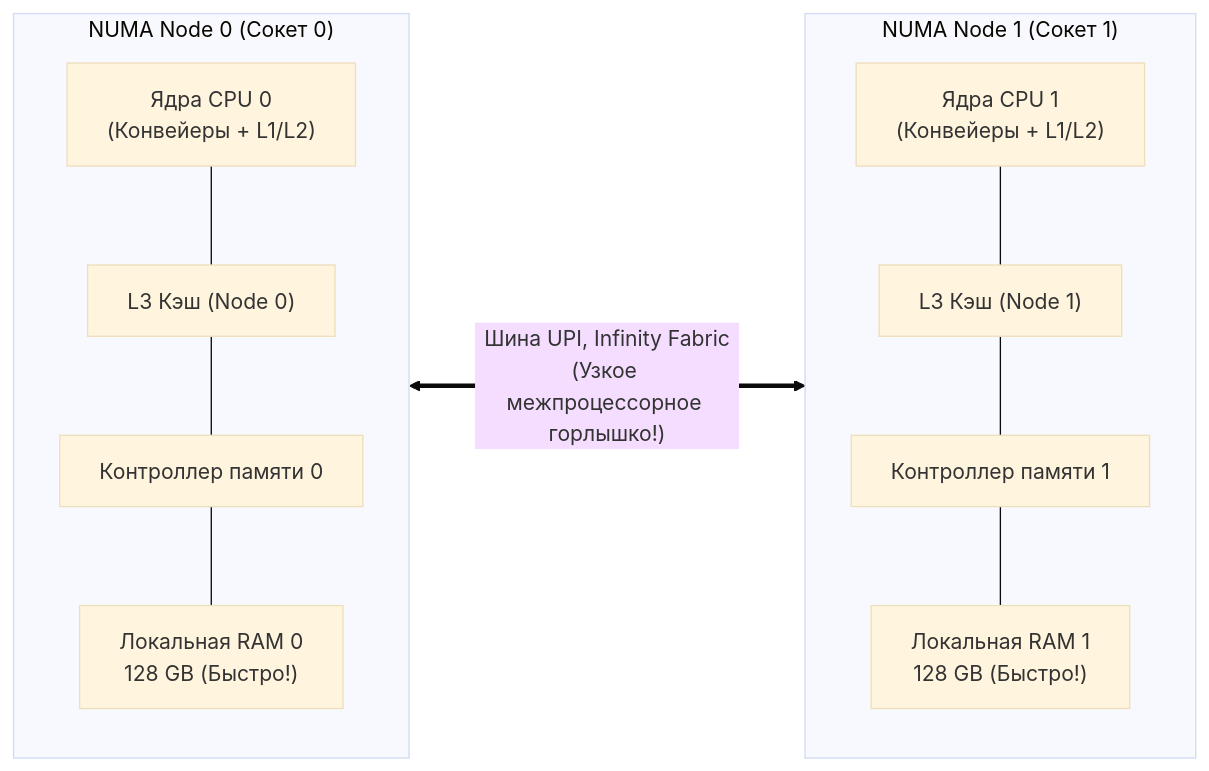
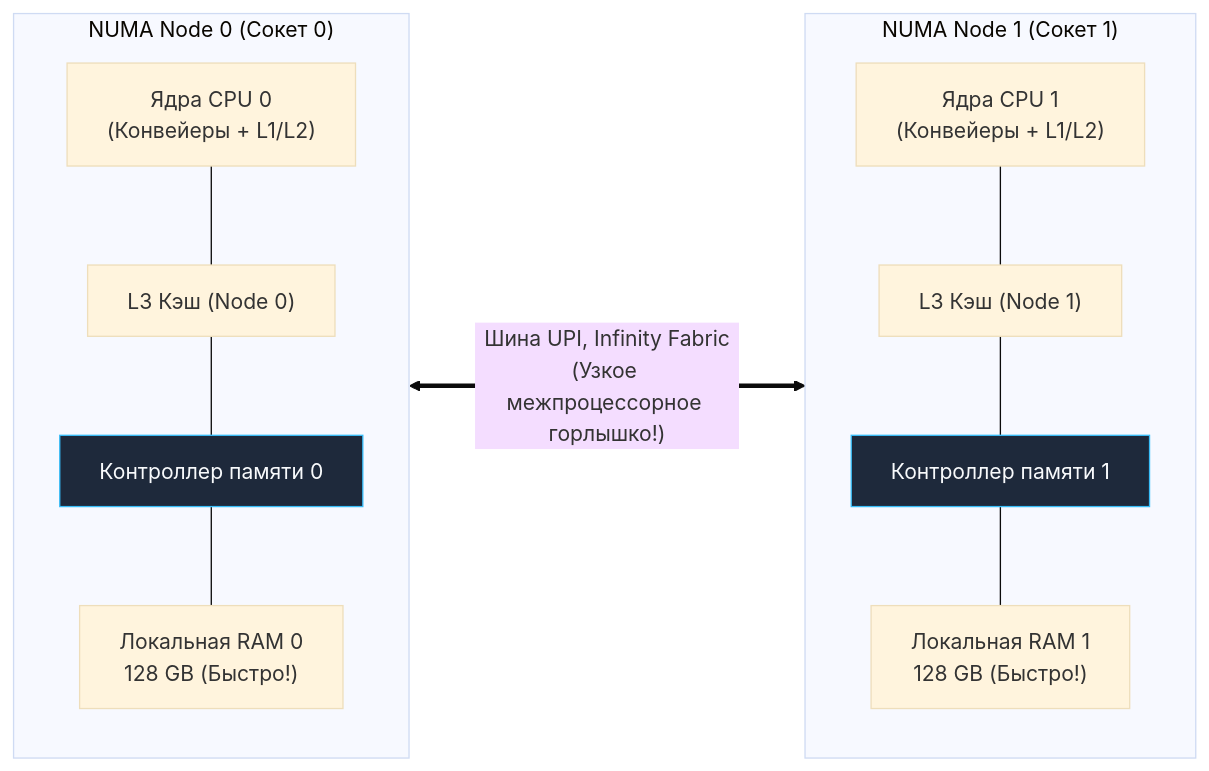
The first of 2 diagrams in sources/1. Архитектура компьютера/31. NUMA. Non Uniform Memory Access.md (UnrealTemplier/go-textbook), drawn with Mermaid (base theme) before and after one commit. The commit also changed other lines of this file and 1666 other files, not shown here.

First line of the commit message:
feat(mermaid): add semantic color classDef to 1369 colorless flowchart/graph diagrams

````diff
--- a/sources/1. Архитектура компьютера/31. NUMA. Non Uniform Memory Access.md
+++ b/sources/1. Архитектура компьютера/31. NUMA. Non Uniform Memory Access.md
@@ -30,24 +30,34 @@
 ```mermaid
 flowchart LR
+    classDef process  fill:#1e293b,stroke:#38bdf8,stroke-width:1px,color:#f8fafc
+    classDef success  fill:#064e3b,stroke:#34d399,stroke-width:1px,color:#f8fafc
+    classDef error    fill:#7f1d1d,stroke:#f87171,stroke-width:1px,color:#f8fafc
+    classDef warning  fill:#78350f,stroke:#fbbf24,stroke-width:1px,color:#f8fafc
+    classDef entry    fill:#1e3a5f,stroke:#38bdf8,stroke-width:2px,color:#f8fafc
+    classDef aux      fill:#334155,stroke:#64748b,stroke-width:1px,color:#f8fafc
+    classDef system   fill:#312e81,stroke:#a78bfa,stroke-width:1px,color:#f8fafc
+    classDef data     fill:#132d29,stroke:#2dd4bf,stroke-width:1px,color:#f8fafc
+    classDef network  fill:#881337,stroke:#fb7185,stroke-width:1px,color:#f8fafc
+    classDef accent   fill:#1e1b4b,stroke:#818cf8,stroke-width:1px,color:#f8fafc
     subgraph Node0 ["NUMA Node 0 (Сокет 0)"]
         direction TB
         CPU0["Ядра CPU 0<br>(Конвейеры + L1/L2)"]
         L3_0["L3 Кэш (Node 0)"]
-        MC0["Контроллер памяти 0"]
+        MC0["Контроллер памяти 0"]:::process
         RAM0["Локальная RAM 0<br>128 GB (Быстро!)"]
         
         CPU0 --- L3_0 --- MC0 --- RAM0
     end
     
     subgraph Node1 ["NUMA Node 1 (Сокет 1)"]
         direction TB
         CPU1["Ядра CPU 1<br>(Конвейеры + L1/L2)"]
         L3_1["L3 Кэш (Node 1)"]
-        MC1["Контроллер памяти 1"]
+        MC1["Контроллер памяти 1"]:::process
         RAM1["Локальная RAM 1<br>128 GB (Быстро!)"]
         
         CPU1 --- L3_1 --- MC1 --- RAM1
     end
     
     MC0 <===>|"Шина UPI, Infinity Fabric<br>(Узкое межпроцессорное горлышко!)"| MC1
 ```
````
